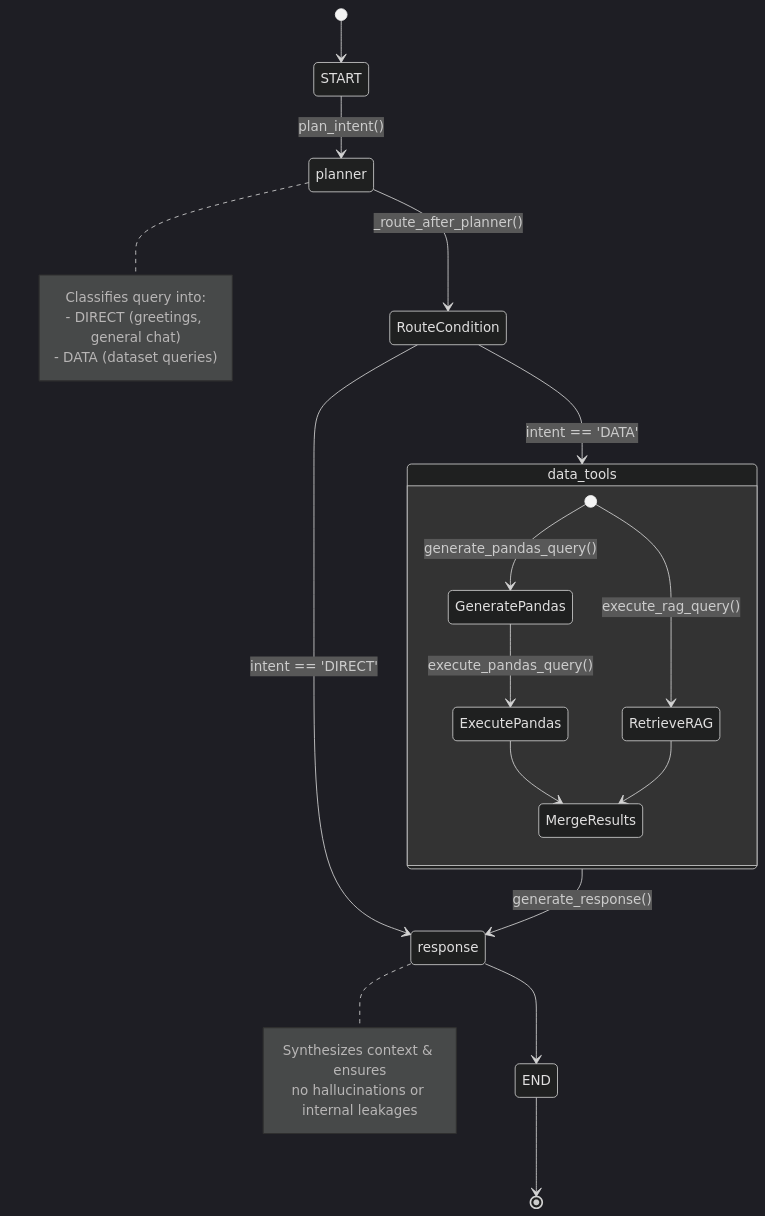
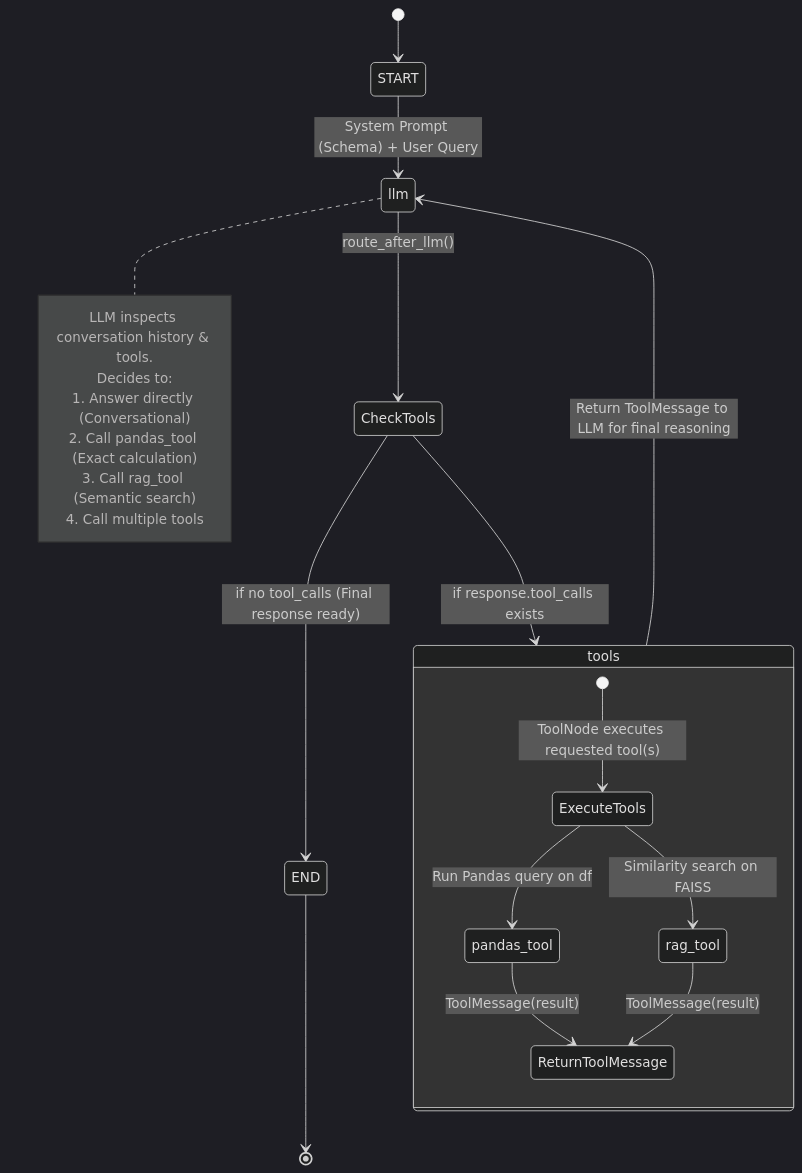
Before and after one commit to niravrupapara/StudentData-AI-Agent: the second of 3 diagrams in README.md, drawn with Mermaid (dark theme). The commit also changed other lines of this file and 11 other files, not shown here.

````diff
--- a/README.md
+++ b/README.md
@@ -114,35 +118,32 @@
 ```mermaid
 stateDiagram-v2
     [*] --> START
-    START --> planner: plan_intent()
-    
-    note right of planner
-        Classifies query into:
-        - DIRECT (greetings, general chat)
-        - DATA (dataset queries)
+    START --> llm: System Prompt (Schema) + User Query
+
+    note right of llm
+        LLM inspects conversation history & tools.
+        Decides to:
+        1. Answer directly (Conversational)
+        2. Call pandas_tool (Exact calculation)
+        3. Call rag_tool (Semantic search)
+        4. Call multiple tools
     end note
 
-    planner --> RouteCondition: _route_after_planner()
-    
-    state RouteCondition <<choice>>
-    RouteCondition --> response: intent == 'DIRECT'
-    RouteCondition --> data_tools: intent == 'DATA'
+    llm --> CheckTools: route_after_llm()
 
-    state data_tools {
-        [*] --> GeneratePandas: generate_pandas_query()
-        GeneratePandas --> ExecutePandas: execute_pandas_query()
-        [*] --> RetrieveRAG: execute_rag_query()
-        ExecutePandas --> MergeResults
-        RetrieveRAG --> MergeResults
+    state CheckTools <<choice>>
+    CheckTools --> tools: if response.tool_calls exists
+    CheckTools --> END: if no tool_calls (Final response ready)
+
+    state tools {
+        [*] --> ExecuteTools: ToolNode executes requested tool(s)
+        ExecuteTools --> pandas_tool: Run Pandas query on df
+        ExecuteTools --> rag_tool: Similarity search on FAISS
+        pandas_tool --> ReturnToolMessage: ToolMessage(result)
+        rag_tool --> ReturnToolMessage: ToolMessage(result)
     }
 
-    data_tools --> response: generate_response()
+    tools --> llm: Return ToolMessage to LLM for final reasoning
 
-    note right of response
-        Synthesizes context & ensures
-        no hallucinations or internal leakages
-    end note
-
-    response --> END
     END --> [*]
 ```
````
